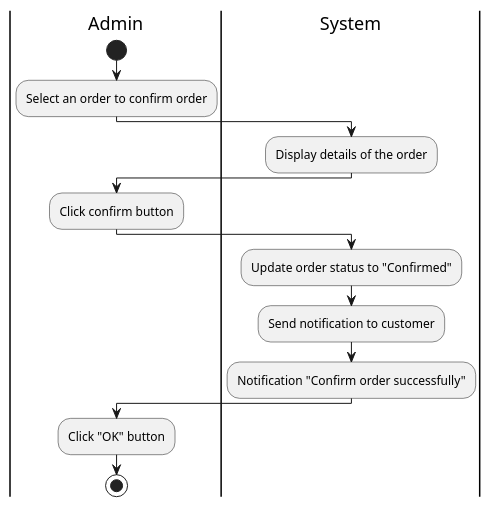
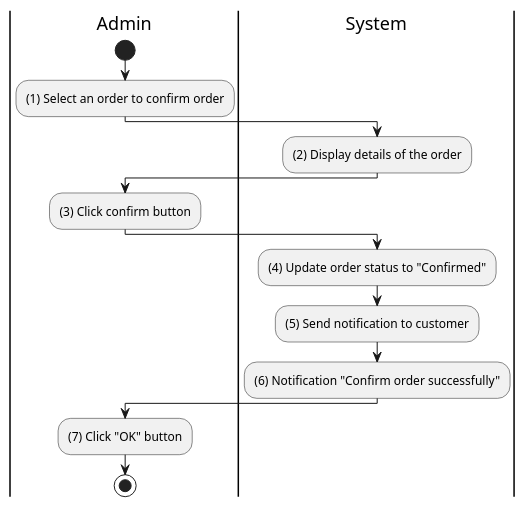
One commit to tuankietcoderr/SE357-Practice-class changed the diagram in Lab1/Lab1.2/Activity/confirm-order.puml. Above: the diagram before and after it, drawn with PlantUML. The commit also changed 10 other files, not shown here.

```diff
--- a/Lab1/Lab1.2/Activity/confirm-order.puml
+++ b/Lab1/Lab1.2/Activity/confirm-order.puml
@@ -1,16 +1,16 @@
 @startuml Confirm order
 |Admin|
 start
-:Select an order to confirm order;
+:(1) Select an order to confirm order;
 |System|
-:Display details of the order;
+:(2) Display details of the order;
 |Admin|
-:Click confirm button;
+:(3) Click confirm button;
 |System|
-:Update order status to "Confirmed";
-:Send notification to customer;
-:Notification "Confirm order successfully";
+:(4) Update order status to "Confirmed";
+:(5) Send notification to customer;
+:(6) Notification "Confirm order successfully";
 |Admin|
-:Click "OK" button;
+:(7) Click "OK" button;
 stop
 @enduml
```
